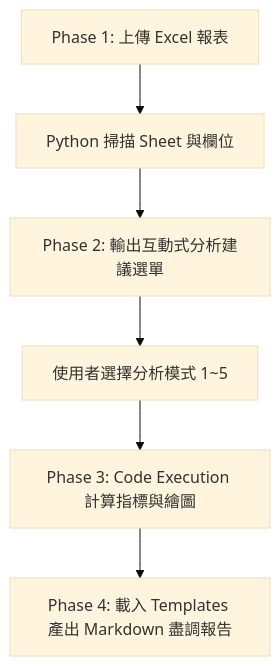
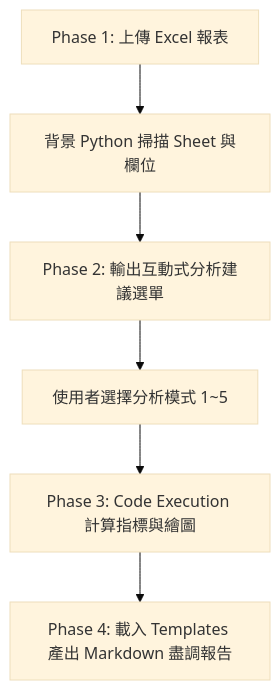
One commit to roberthsu2003/workflow-productivity changed the diagram in Claude_ai/Skills/VC_Financial_Analyzer/SKILL.md. Above: the diagram before and after it, drawn with Mermaid (base theme). The commit also changed other lines of this file and 3 other files, not shown here.

````diff
--- a/Claude_ai/Skills/VC_Financial_Analyzer/SKILL.md
+++ b/Claude_ai/Skills/VC_Financial_Analyzer/SKILL.md
@@ -18,8 +40,8 @@
 ```mermaid
 graph TD
-    A[Phase 1: 上傳 Excel 報表] --> B[Python 掃描 Sheet 與欄位]
+    A[Phase 1: 上傳 Excel 報表] --> B[背景 Python 掃描 Sheet 與欄位]
     B --> C[Phase 2: 輸出互動式分析建議選單]
     C --> D[使用者選擇分析模式 1~5]
     D --> E[Phase 3: Code Execution 計算指標與繪圖]
     E --> F[Phase 4: 載入 Templates 產出 Markdown 盡調報告]
 ```
````
